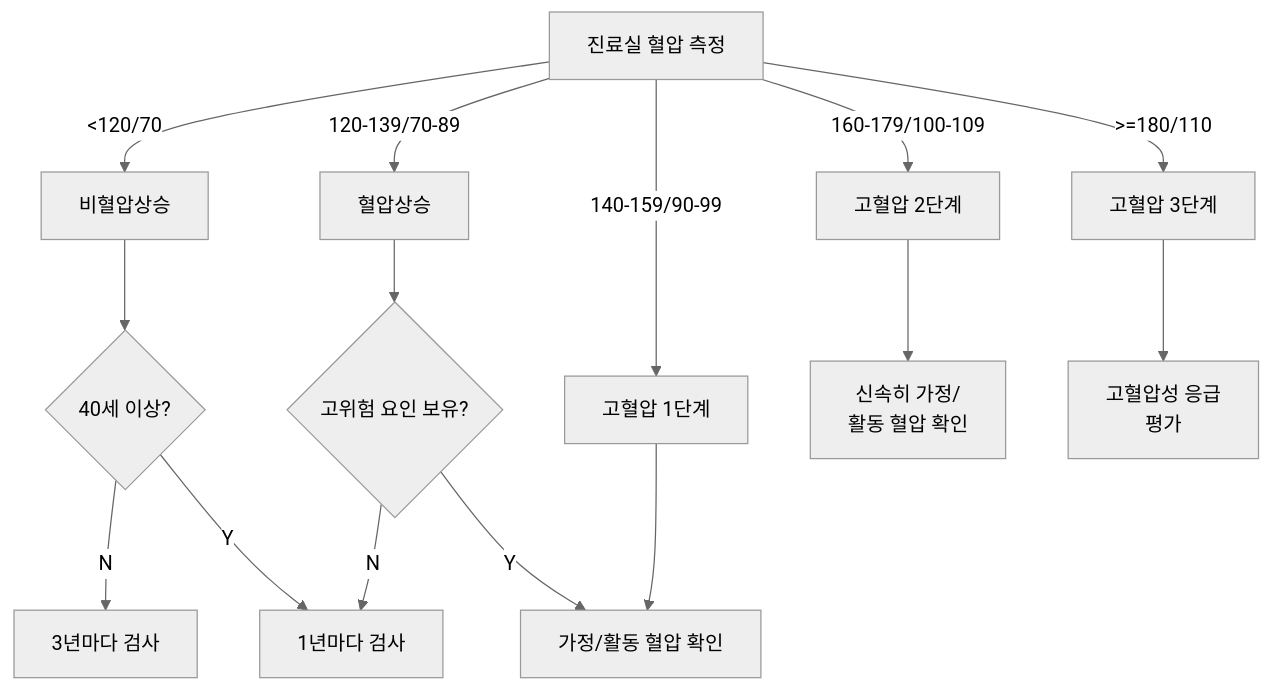
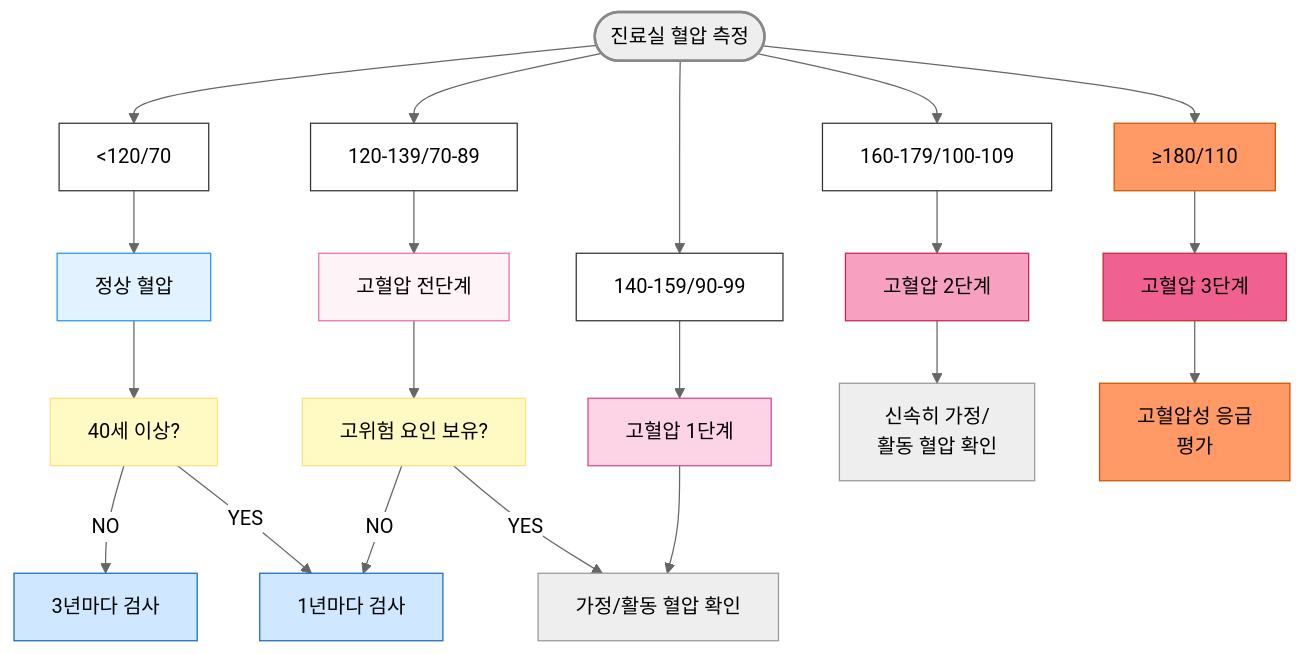
Before and after one commit to familyoh77/familyoh77: the first of 10 diagrams in 225_/095_-hypertension.md, drawn with Mermaid (neutral theme). The commit also changed other lines of this file, not shown here.

Commit message:
GITBOOK-1043: No subject

````diff
--- a/225_/095_-hypertension.md
+++ b/225_/095_-hypertension.md
@@ -234,22 +226,33 @@
 ```mermaid
 graph TD
-B[진료실 혈압 측정]
+    A([진료실 혈압 측정])
+    A -->B1["<120/70"]--> C[정상 혈압]
+    A -->B2[120-139/70-89]--> D[고혈압 전단계]
+    A -->B3[140-159/90-99]--> E[고혈압 1단계]
+    A -->B4[160-179/100-109]--> F[고혈압 2단계]
+    A -->B5["≥180/110"]--> G[고혈압 3단계]
+style A fill:#eeeeee,stroke:#888888,stroke-width:2px
+classDef white fill:#fff,stroke:#333
+class B1,B2,B3,B4 white
+style C fill:#e3f2ff,stroke:#2196f3
+style D fill:#fef4f8,stroke:#f06baf
+style E fill:#fcd4e6,stroke:#e0448e
+style F fill:#f8a0c0,stroke:#d01f5a
+style G fill:#f06090,stroke:#c62828
     
-    B -->|"<120/70"| C[비혈압상승]
-    B -->|120-139/70-89| D[혈압상승]
-    B -->|140-159/90-99| E[고혈압 1단계]
-    B -->|160-179/100-109| F[고혈압 2단계]
-    B -->|">=180/110"| G[고혈압 3단계]
-    
-    C --> H{40세 이상?}
-    H -->|N| I[3년마다 검사]
-    H -->|Y| J[1년마다 검사]
-    
-    D --> K{고위험 요인 보유?}
-    K -->|N| J
-    K -->|Y| L[가정/활동 혈압 확인]
-    
+    C --> H[40세 이상?]
+    H -->|NO| I[3년마다 검사]
+    H -->|YES| J[1년마다 검사]
+    D --> K[고위험 요인 보유?]
+    K -->|NO| J
+    K -->|YES| L[가정/활동 혈압 확인]
     E --> L
     F --> M[신속히 가정/<br/>활동 혈압 확인]
     G --> N[고혈압성 응급<br/> 평가]
+classDef yellow fill:#fff9c4,stroke:#ffe082
+class H,K yellow
+classDef blue fill:#d0e8ff,stroke:#1a6abf
+class I,J blue
+classDef peach fill:#ff9966,stroke:#cc5500
+class N,B5 peach
 ```
````
